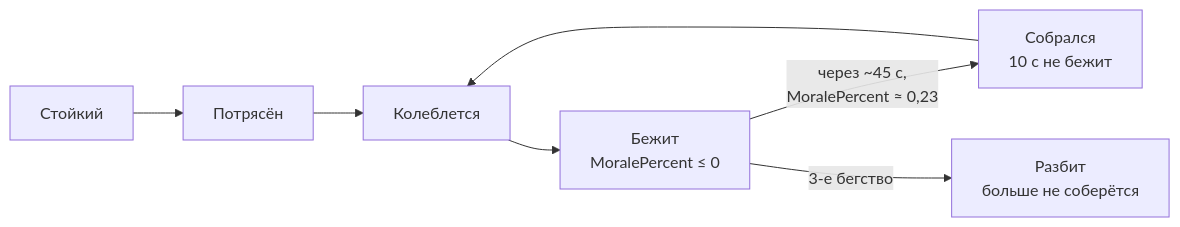
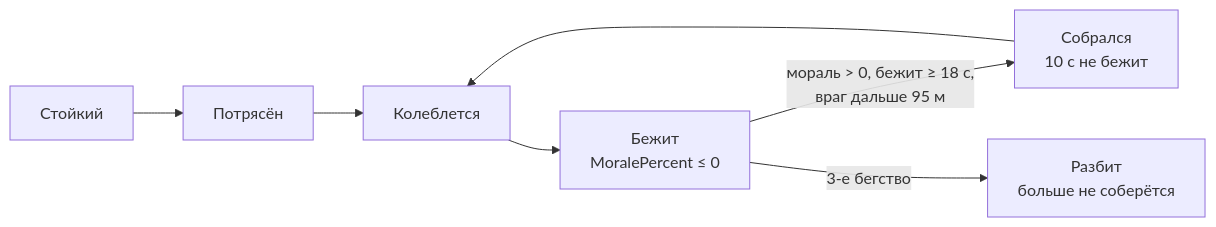
One commit to DimaZero7/TWW3-batle-ai changed the diagram in docs/ru/game/units/morale.md. Above: the diagram before and after it, drawn with Mermaid. The commit also changed other lines of this file and 22 other files, not shown here.

````diff
--- a/docs/ru/game/units/morale.md
+++ b/docs/ru/game/units/morale.md
@@ -26,9 +26,9 @@
 ```mermaid
 flowchart LR
   steady["Стойкий"] --> shaken["Потрясён"]
   shaken --> wavering["Колеблется"]
   wavering --> broken["Бежит<br/>MoralePercent ≤ 0"]
-  broken -- "через ~45 с,<br/>MoralePercent ≈ 0,23" --> rallied["Собрался<br/>10 с не бежит"]
+  broken -- "мораль > 0, бежит ≥ 18 с,<br/>враг дальше 95 м" --> rallied["Собрался<br/>10 с не бежит"]
   rallied --> wavering
   broken -- "3-е бегство" --> shattered["Разбит<br/>больше не соберётся"]
 ```
````
